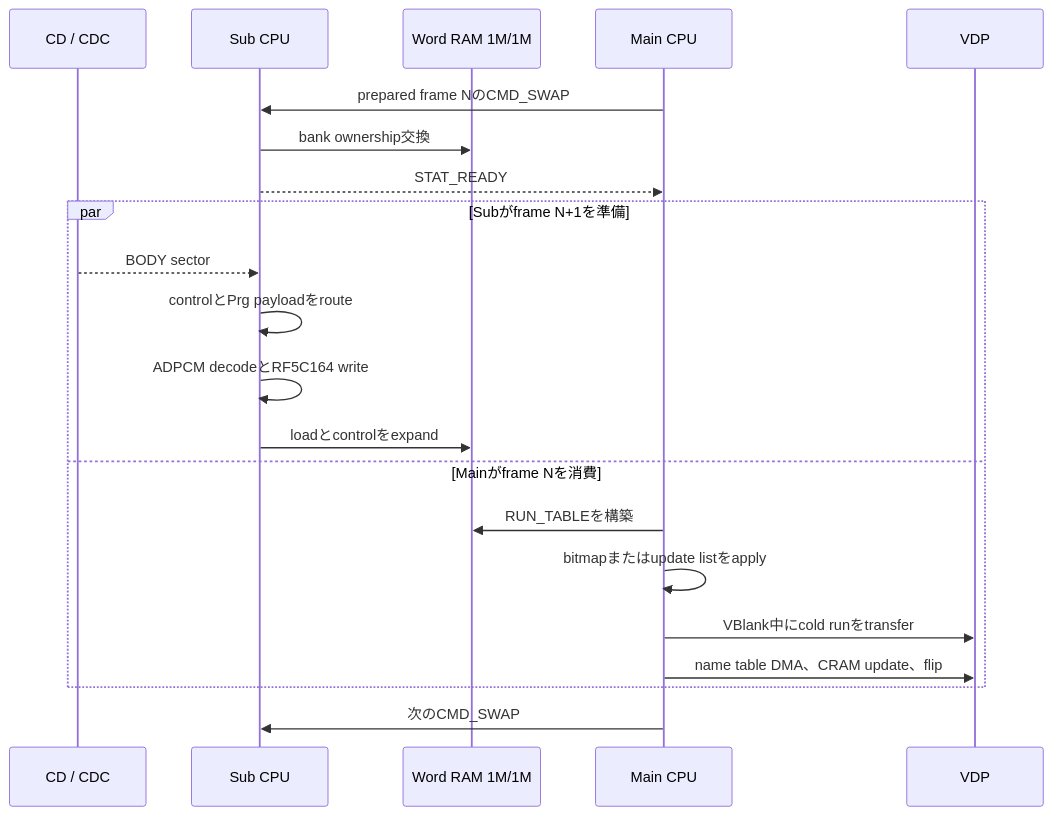
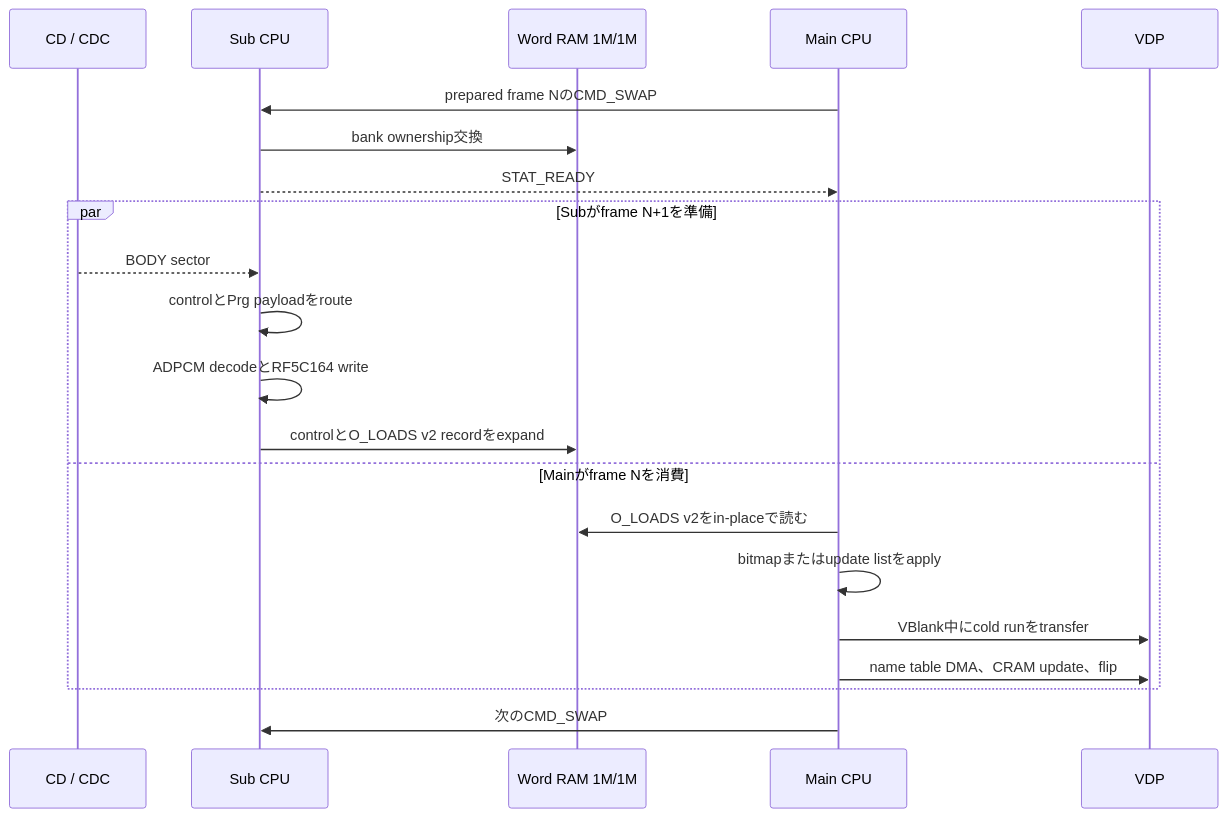
Before and after one commit to akiyan/segacd-fmv-cavc: the fourth of 4 diagrams in PLAYER.md, drawn with Mermaid. The commit also changed other lines of this file and 11 other files, not shown here.

````diff
--- a/PLAYER.md
+++ b/PLAYER.md
@@ -602,26 +616,26 @@
 ```mermaid
 sequenceDiagram
     participant CD as CD / CDC
     participant S as Sub CPU
     participant W as Word RAM 1M/1M
     participant M as Main CPU
     participant V as VDP
 
     M->>S: prepared frame NのCMD_SWAP
     S->>W: bank ownership交換
     S-->>M: STAT_READY
 
     par Subがframe N+1を準備
         CD-->>S: BODY sector
         S->>S: controlとPrg payloadをroute
         S->>S: ADPCM decodeとRF5C164 write
-        S->>W: loadとcontrolをexpand
+        S->>W: controlとO_LOADS v2 recordをexpand
     and Mainがframe Nを消費
-        M->>W: RUN_TABLEを構築
+        M->>W: O_LOADS v2をin-placeで読む
         M->>M: bitmapまたはupdate listをapply
         M->>V: VBlank中にcold runをtransfer
         M->>V: name table DMA、CRAM update、flip
     end
 
     M->>S: 次のCMD_SWAP
 ```
````
